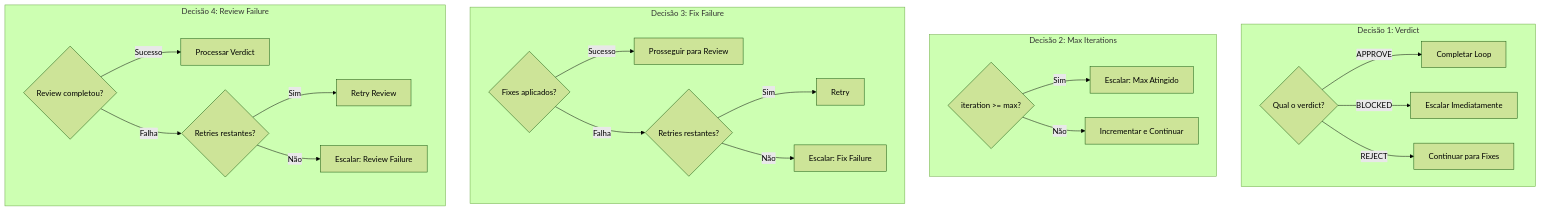
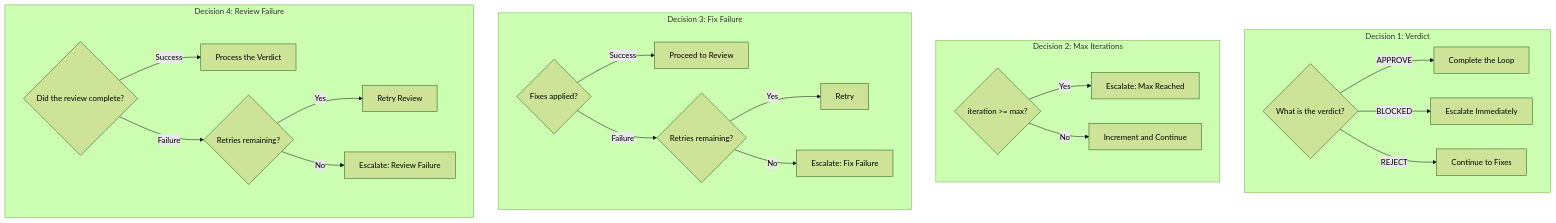
Before and after one commit to CyryxLabs/AEXOS: the ninth of 10 diagrams in docs/aexos-workflows/qa-loop-workflow.md, drawn with Mermaid (forest theme). The commit also changed other lines of this file and 528 other files, not shown here.

````diff
--- a/docs/aexos-workflows/qa-loop-workflow.md
+++ b/docs/aexos-workflows/qa-loop-workflow.md
@@ -734,31 +734,31 @@
 ```mermaid
 flowchart TD
-    subgraph D1["Decisão 1: Verdict"]
-        V1{"Qual o verdict?"}
-        V1 -->|"APPROVE"| V1A["Completar Loop"]
-        V1 -->|"BLOCKED"| V1B["Escalar Imediatamente"]
-        V1 -->|"REJECT"| V1C["Continuar para Fixes"]
+    subgraph D1["Decision 1: Verdict"]
+        V1{"What is the verdict?"}
+        V1 -->|"APPROVE"| V1A["Complete the Loop"]
+        V1 -->|"BLOCKED"| V1B["Escalate Immediately"]
+        V1 -->|"REJECT"| V1C["Continue to Fixes"]
     end
 
-    subgraph D2["Decisão 2: Max Iterations"]
+    subgraph D2["Decision 2: Max Iterations"]
         I1{"iteration >= max?"}
-        I1 -->|"Sim"| I1A["Escalar: Max Atingido"]
-        I1 -->|"Não"| I1B["Incrementar e Continuar"]
+        I1 -->|"Yes"| I1A["Escalate: Max Reached"]
+        I1 -->|"No"| I1B["Increment and Continue"]
     end
 
-    subgraph D3["Decisão 3: Fix Failure"]
-        F1{"Fixes aplicados?"}
-        F1 -->|"Sucesso"| F1A["Prosseguir para Review"]
-        F1 -->|"Falha"| F1B{"Retries restantes?"}
-        F1B -->|"Sim"| F1C["Retry"]
-        F1B -->|"Não"| F1D["Escalar: Fix Failure"]
+    subgraph D3["Decision 3: Fix Failure"]
+        F1{"Fixes applied?"}
+        F1 -->|"Success"| F1A["Proceed to Review"]
+        F1 -->|"Failure"| F1B{"Retries remaining?"}
+        F1B -->|"Yes"| F1C["Retry"]
+        F1B -->|"No"| F1D["Escalate: Fix Failure"]
     end
 
-    subgraph D4["Decisão 4: Review Failure"]
-        R1{"Review completou?"}
-        R1 -->|"Sucesso"| R1A["Processar Verdict"]
-        R1 -->|"Falha"| R1B{"Retries restantes?"}
-        R1B -->|"Sim"| R1C["Retry Review"]
-        R1B -->|"Não"| R1D["Escalar: Review Failure"]
+    subgraph D4["Decision 4: Review Failure"]
+        R1{"Did the review complete?"}
+        R1 -->|"Success"| R1A["Process the Verdict"]
+        R1 -->|"Failure"| R1B{"Retries remaining?"}
+        R1B -->|"Yes"| R1C["Retry Review"]
+        R1B -->|"No"| R1D["Escalate: Review Failure"]
     end
 ```
````
